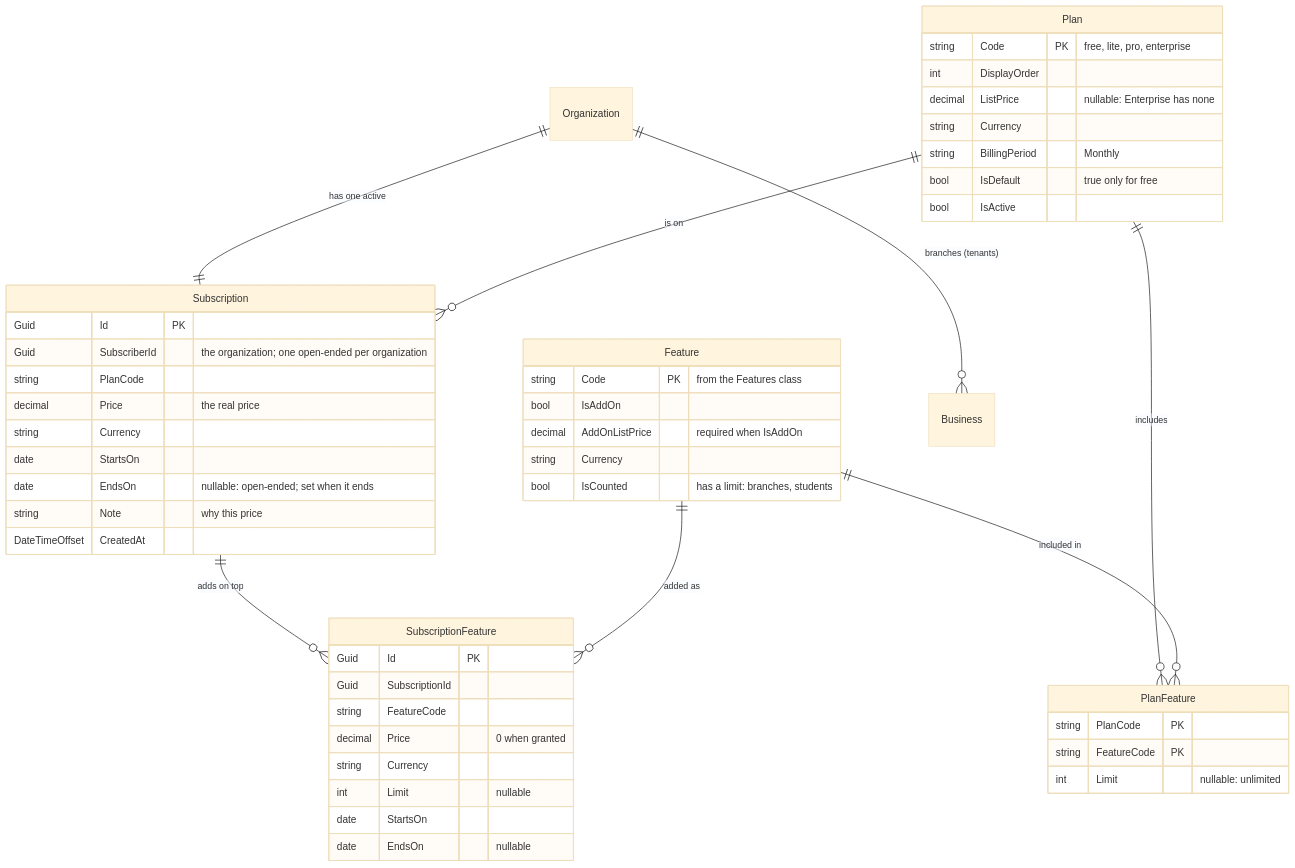
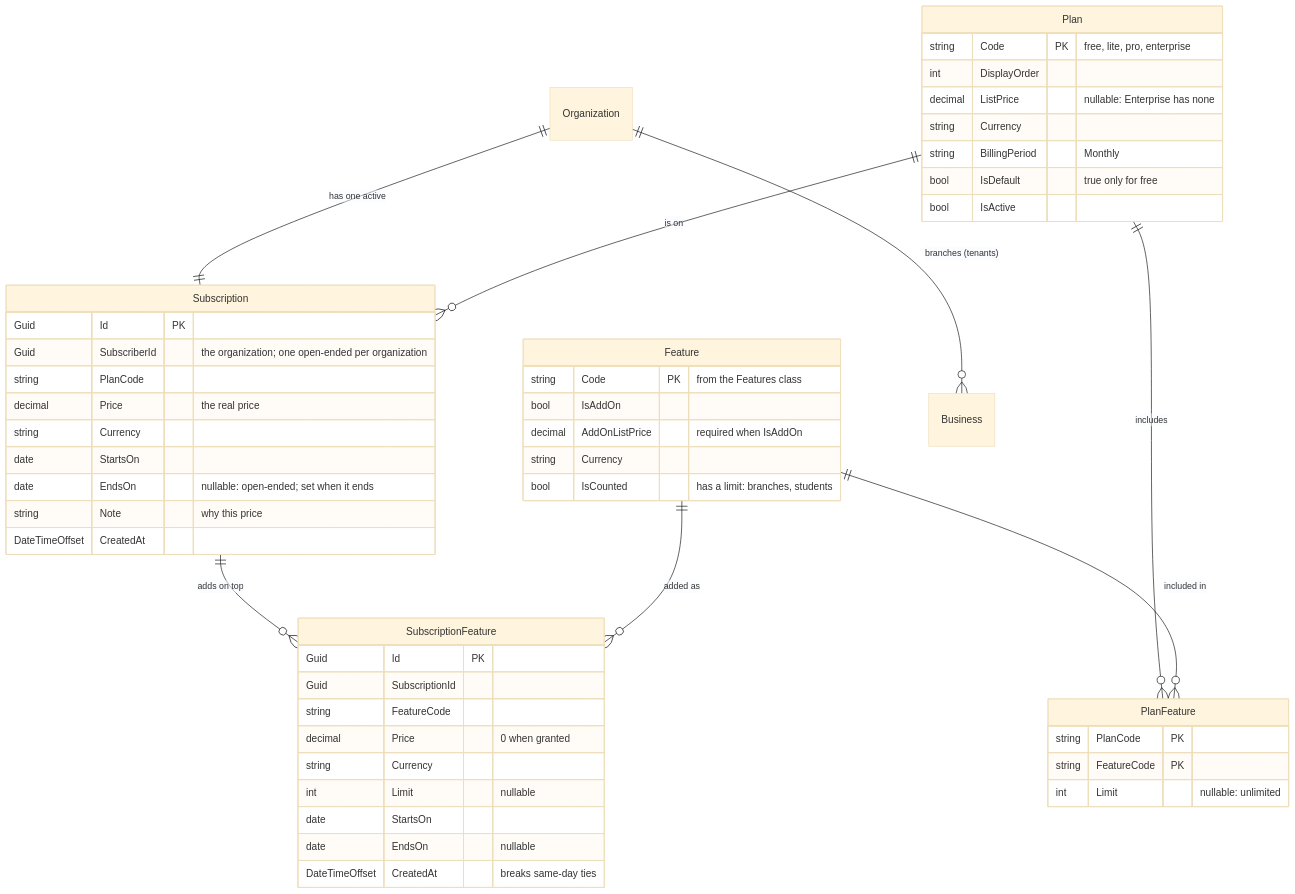
One commit to alejandrolazarte/class-manager changed the first of 2 diagrams in docs/backend/20261003-subscriptions/plan.md. Above: the diagram before and after it, drawn with Mermaid (base theme). The commit also changed other lines of this file and 13 other files, not shown here.

````diff
--- a/docs/backend/20261003-subscriptions/plan.md
+++ b/docs/backend/20261003-subscriptions/plan.md
@@ -88,53 +88,54 @@
 ```mermaid
 erDiagram
     Organization ||--|| Subscription : "has one active"
     Plan ||--o{ Subscription : "is on"
     Plan ||--o{ PlanFeature : includes
     Feature ||--o{ PlanFeature : "included in"
     Subscription ||--o{ SubscriptionFeature : "adds on top"
     Feature ||--o{ SubscriptionFeature : "added as"
     Organization ||--o{ Business : "branches (tenants)"
 
     Plan {
         string Code PK "free, lite, pro, enterprise"
         int DisplayOrder
         decimal ListPrice "nullable: Enterprise has none"
         string Currency
         string BillingPeriod "Monthly"
         bool IsDefault "true only for free"
         bool IsActive
     }
     Feature {
         string Code PK "from the Features class"
         bool IsAddOn
         decimal AddOnListPrice "required when IsAddOn"
         string Currency
         bool IsCounted "has a limit: branches, students"
     }
     PlanFeature {
         string PlanCode PK
         string FeatureCode PK
         int Limit "nullable: unlimited"
     }
     Subscription {
         Guid Id PK
         Guid SubscriberId "the organization; one open-ended per organization"
         string PlanCode
         decimal Price "the real price"
         string Currency
         date StartsOn
         date EndsOn "nullable: open-ended; set when it ends"
         string Note "why this price"
         DateTimeOffset CreatedAt
     }
     SubscriptionFeature {
         Guid Id PK
         Guid SubscriptionId
         string FeatureCode
         decimal Price "0 when granted"
         string Currency
         int Limit "nullable"
         date StartsOn
         date EndsOn "nullable"
+        DateTimeOffset CreatedAt "breaks same-day ties"
     }
 ```
````
